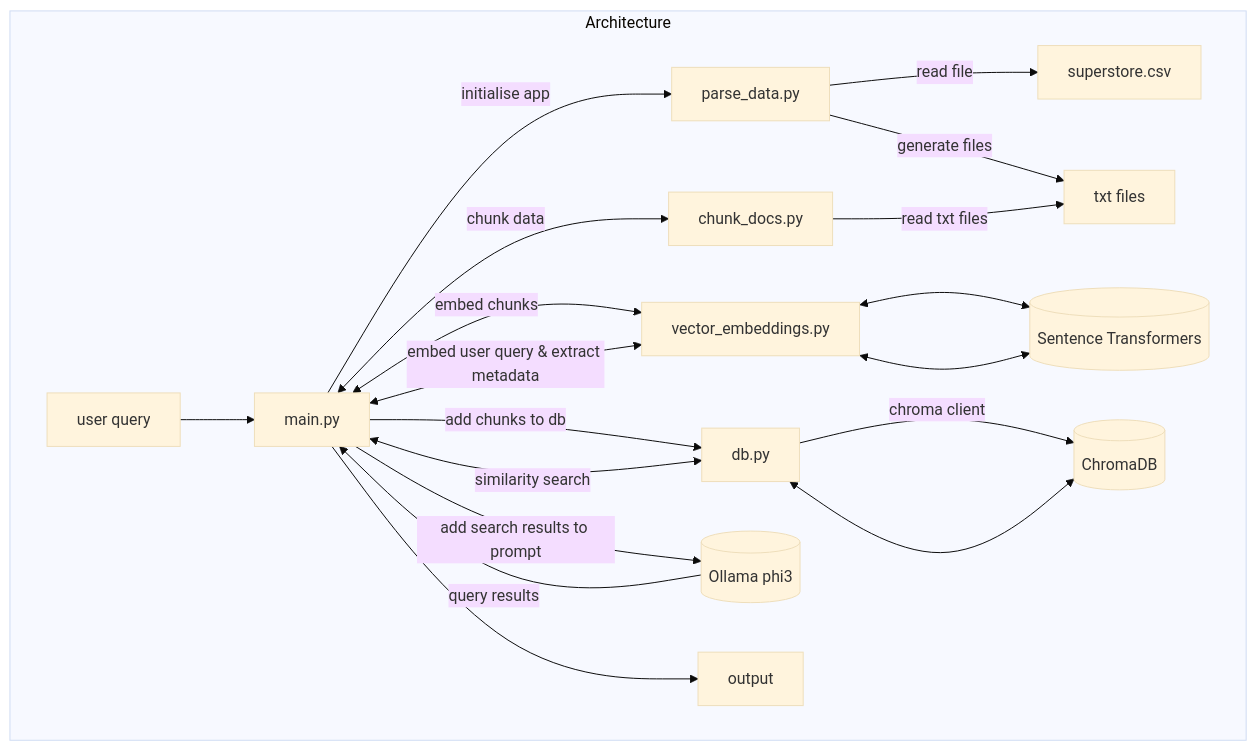
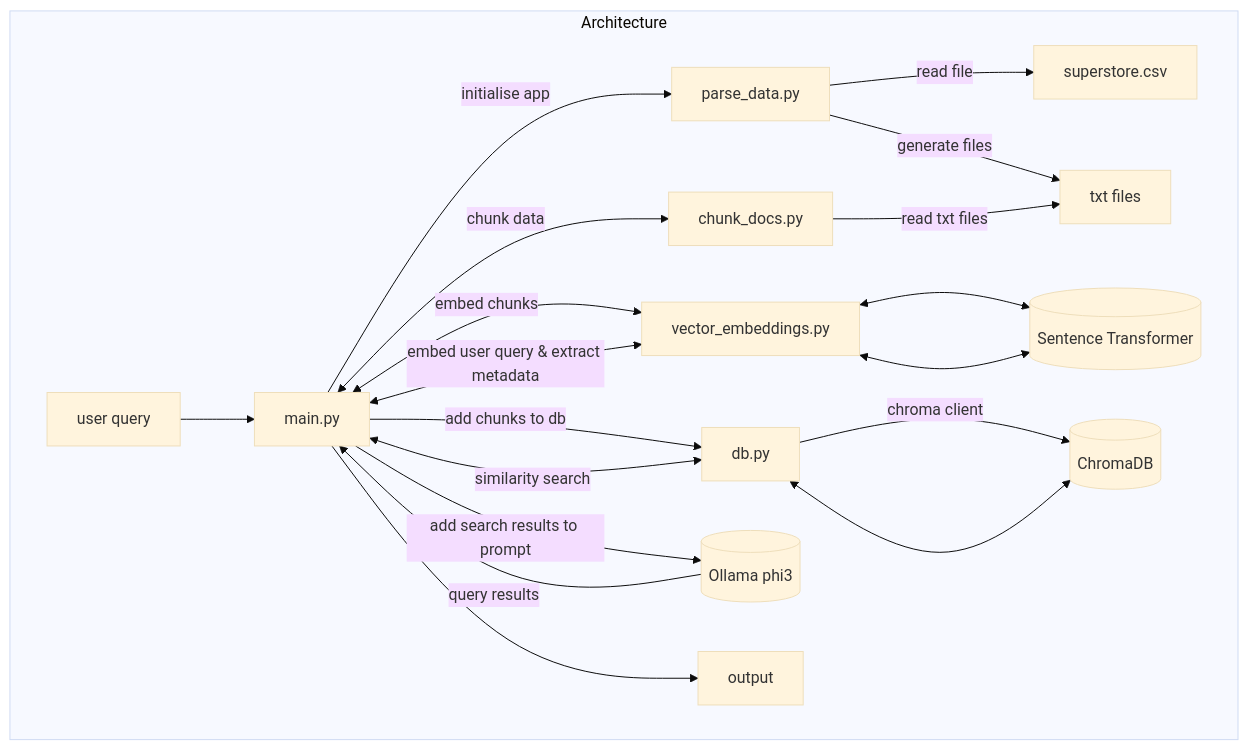
The diagram in README.md (simkatti/RAG-Based-Sales-Data-Analysis), drawn with Mermaid (base theme) before and after one commit.

````diff
--- a/README.md
+++ b/README.md
@@ -12,29 +12,29 @@
 ```mermaid
 graph TD
     %% initialise 
     subgraph Architecture
         A[main.py] --> |initialise app| B[parse_data.py]
         B -->|read file| SC[superstore.csv]
         B -->|generate files| TF[txt files]
         A <--> |chunk data| CD[chunk_docs.py]
         CD --> |read txt files| TF
         A <--> |embed chunks| VE[vector_embeddings.py]
         VE <--> ST
         A --> |add chunks to db| DB[db.py]
         DB --> |chroma client| CDB
         C[user query] --> A
         A <--> |embed user query & extract metadata| VE
         VE <--> ST
         A <--> |similarity search| DB
         DB <--> CDB
         A --> |add search results to prompt| OL
         OL --> |query results| A
         A --> output
 
     end
     %% External Connections
     CDB[(ChromaDB)]
-    ST[(Sentence Transformers)]
+    ST[(Sentence Transformer)]
     OL[(Ollama phi3)]
 
 ```
````
